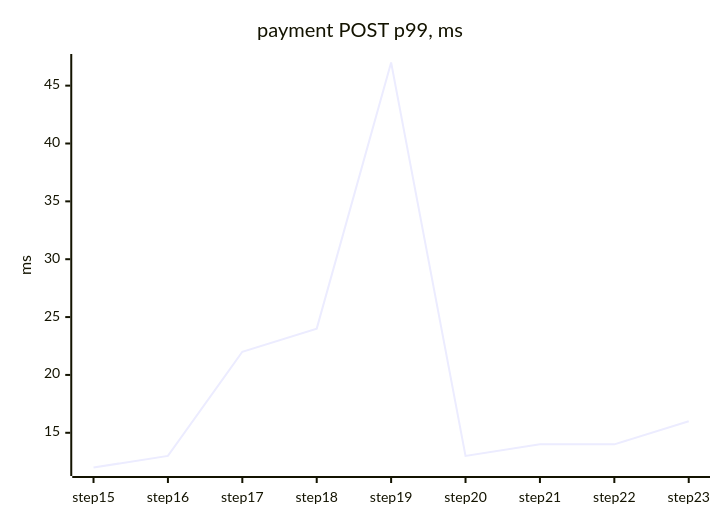
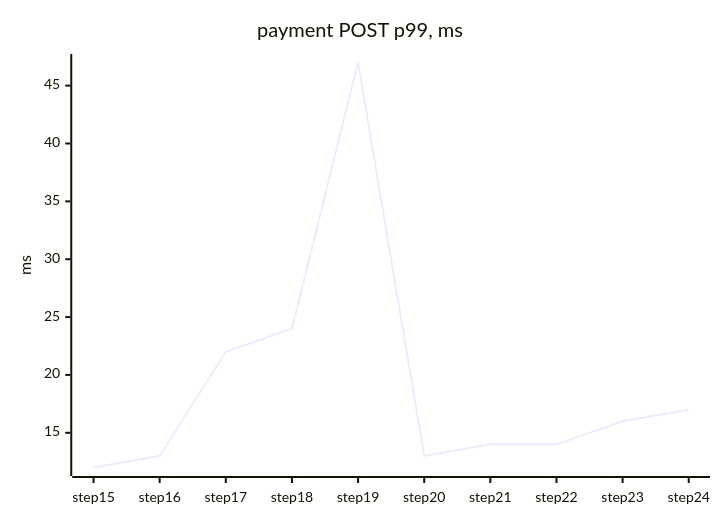
The third of 4 diagrams in docs/perf/README.md (tanvoid0/ledgerflow), drawn with Mermaid before and after one commit. The commit also changed other lines of this file and 5 other files, not shown here.

````diff
--- a/docs/perf/README.md
+++ b/docs/perf/README.md
@@ -97,7 +100,7 @@
 ```mermaid
 xychart-beta
     title "payment POST p99, ms"
-    x-axis ["step15", "step16", "step17", "step18", "step19", "step20", "step21", "step22", "step23"]
+    x-axis ["step15", "step16", "step17", "step18", "step19", "step20", "step21", "step22", "step23", "step24"]
     y-axis "ms"
-    line [12, 13, 22, 24, 47, 13, 14, 14, 16]
+    line [12, 13, 22, 24, 47, 13, 14, 14, 16, 17]
 ```
````
